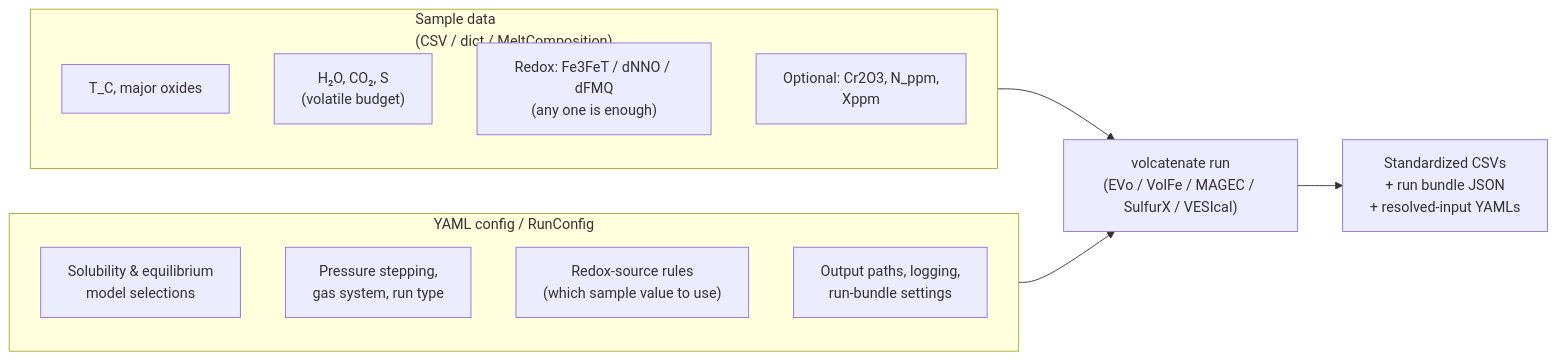
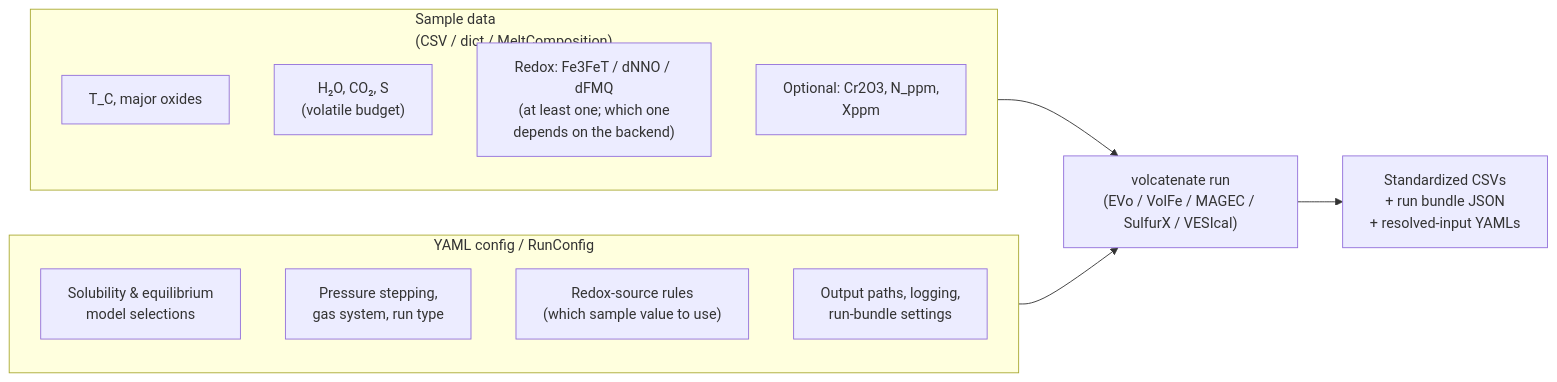
Before and after one commit to kaylai/volcatenate: the first of 2 diagrams in docs/config_options.md, drawn with Mermaid. The commit also changed other lines of this file and 10 other files, not shown here.

````diff
--- a/docs/config_options.md
+++ b/docs/config_options.md
@@ -55,18 +55,18 @@
 ```{mermaid}
 flowchart LR
     subgraph SAMPLE["Sample data<br/>(CSV / dict / MeltComposition)"]
         S1["T_C, major oxides"]
         S2["H₂O, CO₂, S<br/>(volatile budget)"]
-        S3["Redox: Fe3FeT / dNNO / dFMQ<br/>(any one is enough)"]
+        S3["Redox: Fe3FeT / dNNO / dFMQ<br/>(at least one; which one<br/>depends on the backend)"]
         S4["Optional: Cr2O3, N_ppm,<br/>Xppm"]
     end
     subgraph YAML["YAML config / RunConfig"]
         Y1["Solubility & equilibrium<br/>model selections"]
         Y2["Pressure stepping,<br/>gas system, run type"]
         Y3["Redox-source rules<br/>(which sample value to use)"]
         Y4["Output paths, logging,<br/>run-bundle settings"]
     end
     SAMPLE --> RUN["volcatenate run<br/>(EVo / VolFe / MAGEC / SulfurX / VESIcal)"]
     YAML --> RUN
     RUN --> OUT["Standardized CSVs<br/>+ run bundle JSON<br/>+ resolved-input YAMLs"]
 ```
````
